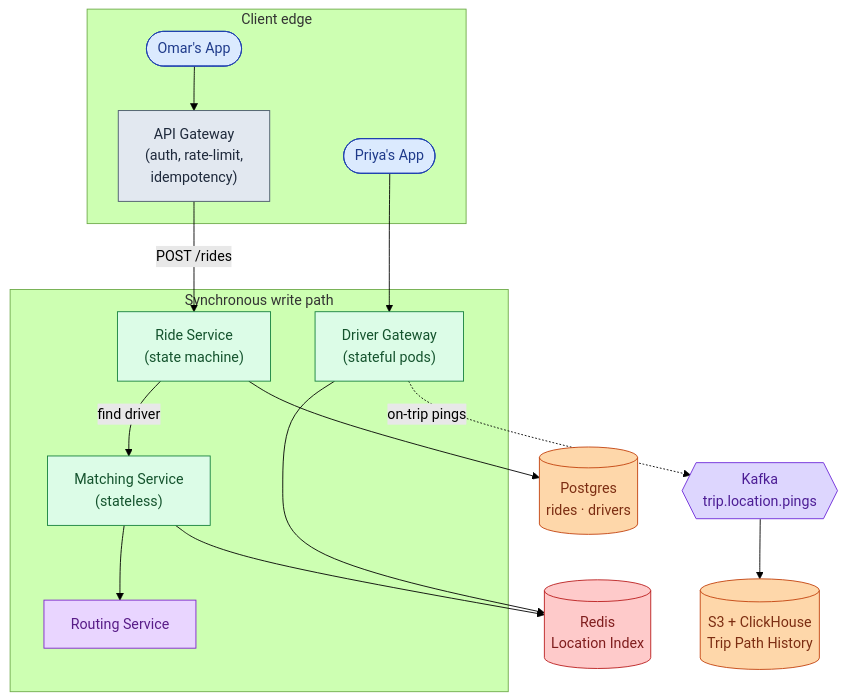
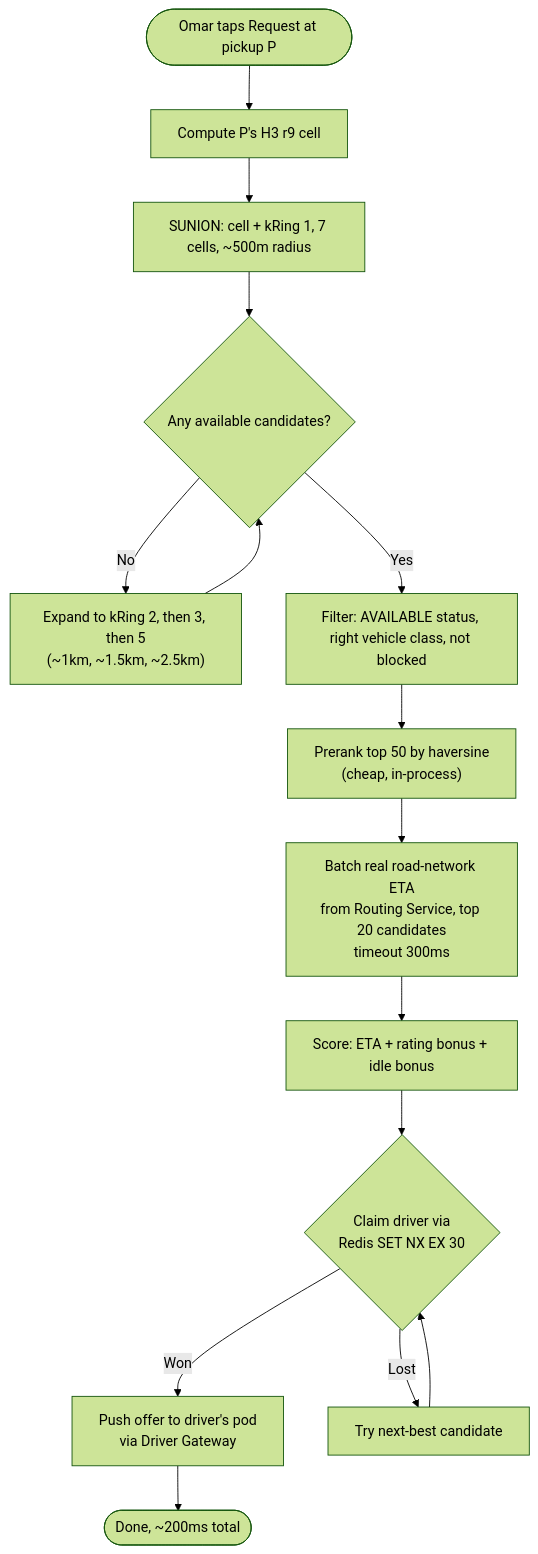
The fourth of 8 diagrams in problems/007-ride-sharing/question.md (shiningflash/system-design), drawn with Mermaid (forest theme) before and after one commit. The commit also changed other lines of this file and 37 other files, not shown here.

````diff
--- a/problems/007-ride-sharing/question.md
+++ b/problems/007-ride-sharing/question.md
@@ -258,39 +219,20 @@
 ```mermaid
-flowchart TB
-    subgraph Edge["Client edge"]
-        O([Omar's App]):::user
-        P([Priya's App]):::user
-        GW2["API Gateway<br/>(auth, rate-limit,<br/>idempotency)"]:::edge
-    end
+flowchart TD
+    Start([Omar taps Request at pickup P]) --> Cell["Compute P's H3 r9 cell"]
+    Cell --> Ring1["SUNION: cell + kRing 1, 7 cells, ~500m radius"]
+    Ring1 --> Check{Any available candidates?}
+    Check -- No --> Expand["Expand to kRing 2, then 3, then 5<br/>(~1km, ~1.5km, ~2.5km)"]
+    Expand --> Check
+    Check -- Yes --> Filter["Filter: AVAILABLE status, right vehicle class, not blocked"]
+    Filter --> Prerank["Prerank top 50 by haversine<br/>(cheap, in-process)"]
+    Prerank --> ETA["Batch real road-network ETA<br/>from Routing Service, top 20 candidates<br/>timeout 300ms"]
+    ETA --> Score["Score: ETA + rating bonus + idle bonus"]
+    Score --> Claim{"Claim driver via<br/>Redis SET NX EX 30"}
+    Claim -- Won --> Push["Push offer to driver's pod<br/>via Driver Gateway"]
+    Claim -- Lost --> NextBest["Try next-best candidate"]
+    NextBest --> Claim
+    Push --> Done([Done, ~200ms total])
 
-    subgraph WritePath["Synchronous write path"]
-        RS["Ride Service<br/>(state machine)"]:::app
-        MS["Matching Service<br/>(stateless)"]:::app
-        DGW["Driver Gateway<br/>(stateful pods)"]:::app
-        Route["Routing Service"]:::ext
-    end
-
-    LI[("Redis<br/>Location Index")]:::cache
-    DB[("Postgres<br/>rides · drivers")]:::db
-    K{{"Kafka<br/>trip.location.pings"}}:::queue
-    TH[("S3 + ClickHouse<br/>Trip Path History")]:::db
-
-    O --> GW2
-    P --> DGW
-    GW2 -->|"POST /rides"| RS
-    RS --> DB
-    RS -->|"find driver"| MS
-    MS --> LI
-    MS --> Route
-    DGW --> LI
-    DGW -.on-trip pings.-> K
-    K --> TH
-
-    classDef user fill:#dbeafe,stroke:#1e40af,color:#1e3a8a
-    classDef edge fill:#e2e8f0,stroke:#475569,color:#1e293b
-    classDef app fill:#dcfce7,stroke:#15803d,color:#14532d
-    classDef db fill:#fed7aa,stroke:#c2410c,color:#7c2d12
-    classDef cache fill:#fecaca,stroke:#b91c1c,color:#7f1d1d
-    classDef queue fill:#ddd6fe,stroke:#6d28d9,color:#4c1d95
-    classDef ext fill:#e9d5ff,stroke:#7e22ce,color:#581c87
+    classDef ok fill:#dcfce7,stroke:#15803d,color:#14532d
+    classDef bad fill:#fecaca,stroke:#b91c1c,color:#7f1d1d
 ```
````
